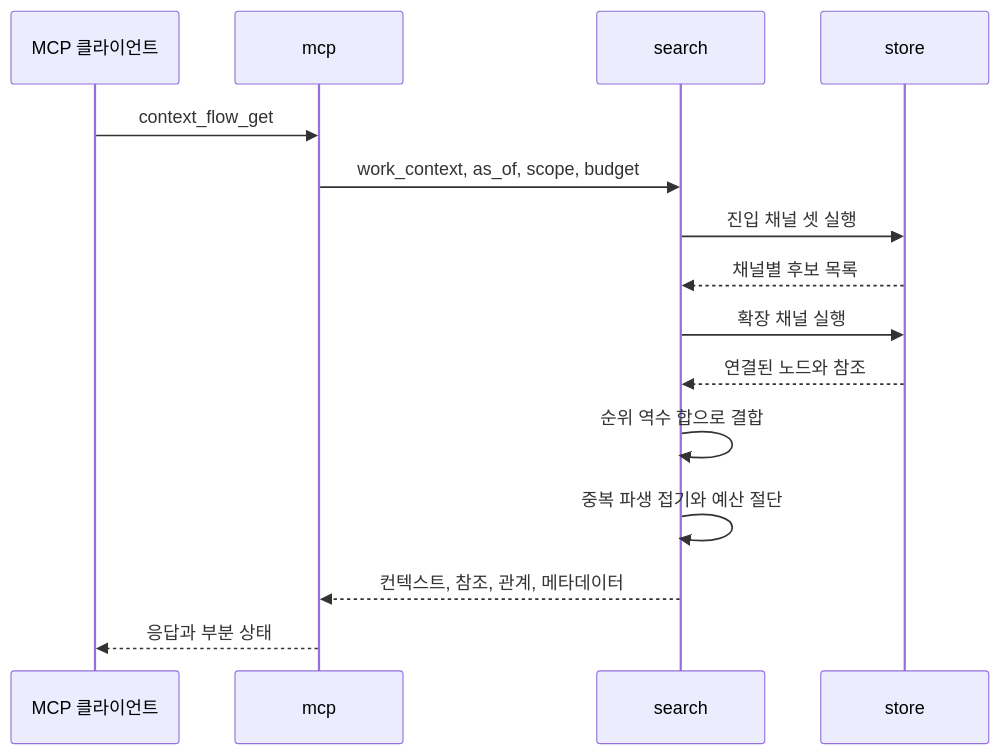
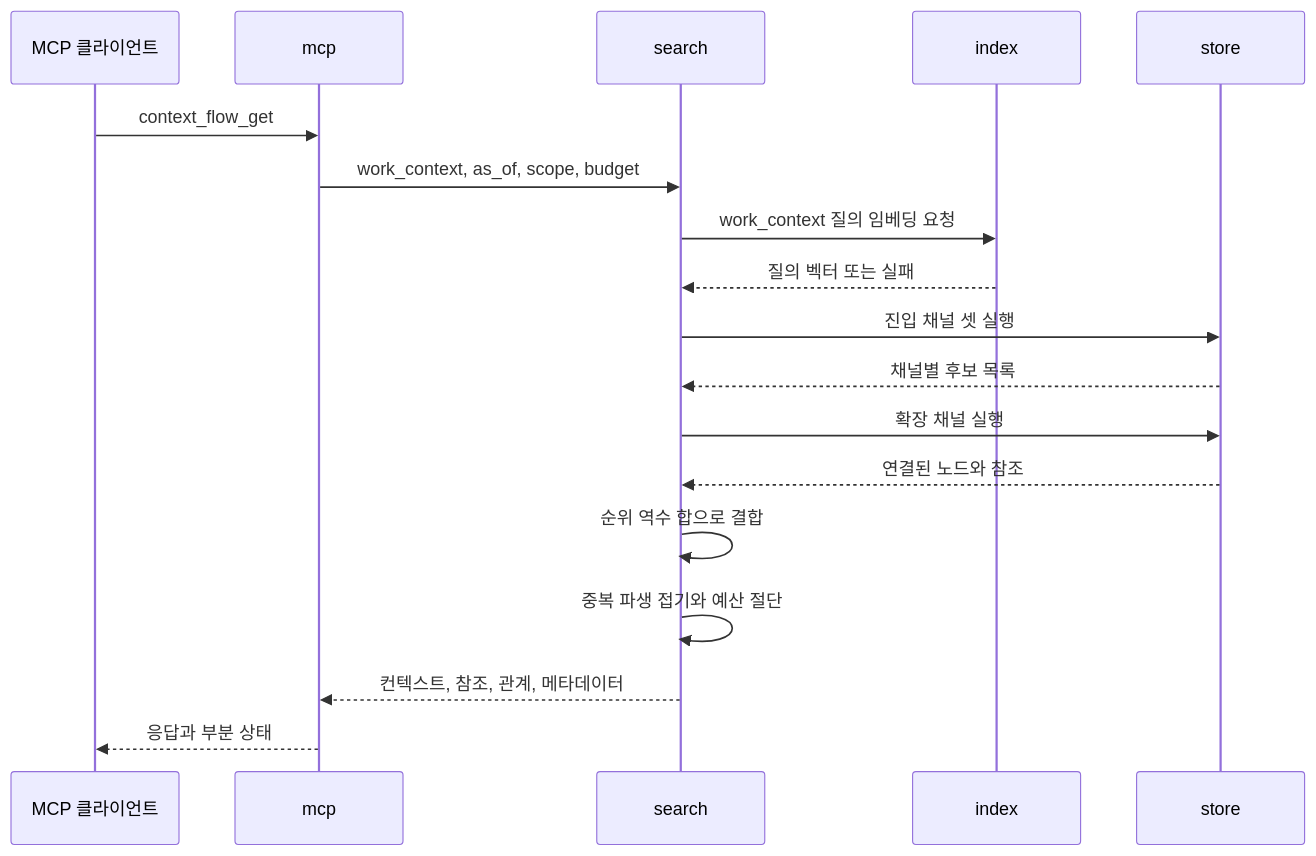
Before and after one commit to Alpha-gone/agent-context-sharing: the fifth of 9 diagrams in spec/service/agent-context/SDD.md, drawn with Mermaid. The commit also changed other lines of this file and 6 other files, not shown here.

````diff
--- a/spec/service/agent-context/SDD.md
+++ b/spec/service/agent-context/SDD.md
@@ -537,18 +553,21 @@
 ```mermaid
 sequenceDiagram
     participant Client as MCP 클라이언트
     participant Mcp as mcp
     participant Search as search
+    participant Index as index
     participant Store as store
 
     Client->>Mcp: context_flow_get
     Mcp->>Search: work_context, as_of, scope, budget
+    Search->>Index: work_context 질의 임베딩 요청
+    Index-->>Search: 질의 벡터 또는 실패
     Search->>Store: 진입 채널 셋 실행
     Store-->>Search: 채널별 후보 목록
     Search->>Store: 확장 채널 실행
     Store-->>Search: 연결된 노드와 참조
     Search->>Search: 순위 역수 합으로 결합
     Search->>Search: 중복 파생 접기와 예산 절단
     Search-->>Mcp: 컨텍스트, 참조, 관계, 메타데이터
     Mcp-->>Client: 응답과 부분 상태
 ```
````
